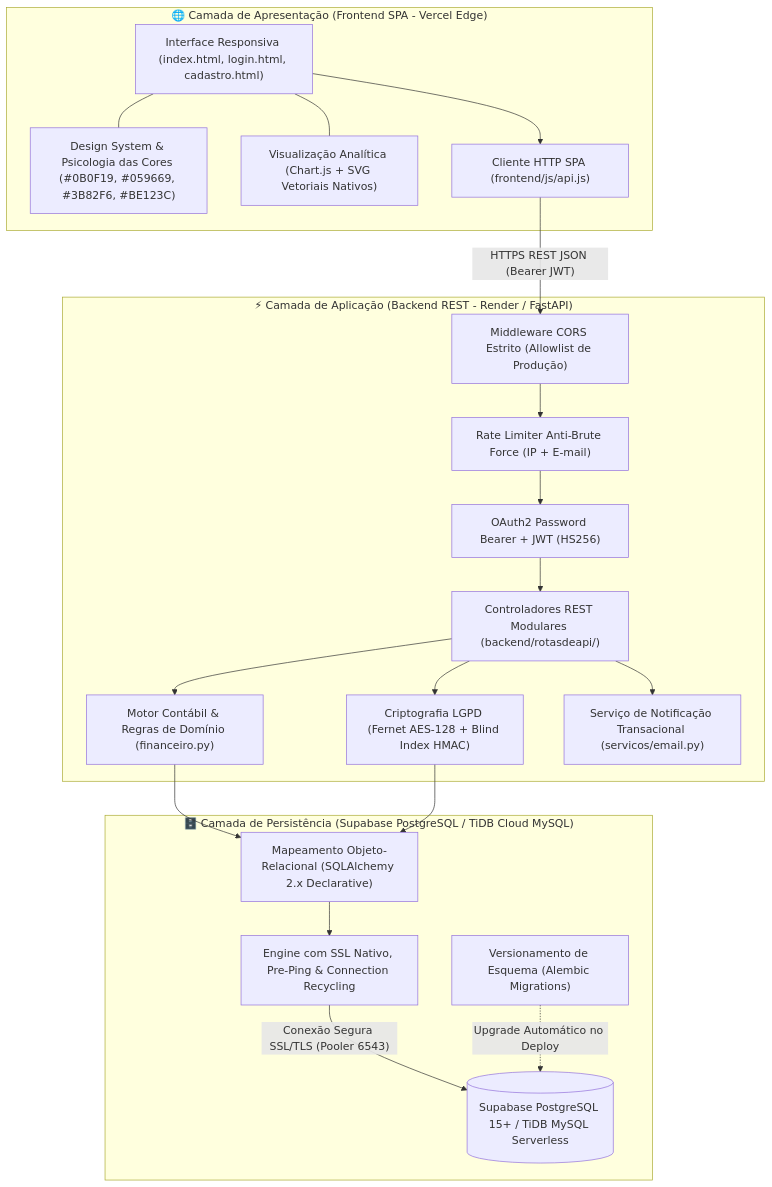
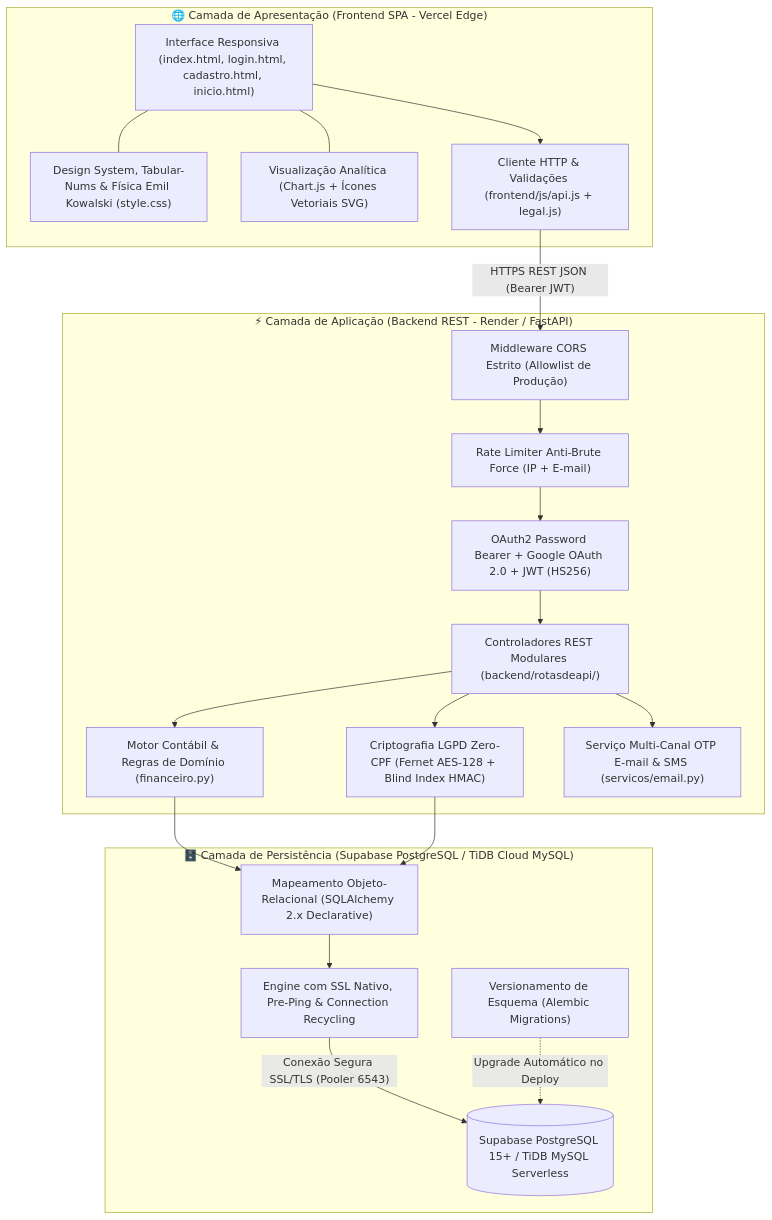
One commit to arthurcamrocha20052008/fluxo_caixa changed the diagram in ESTRUTURA.md. Above: the diagram before and after it, drawn with Mermaid. The commit also changed other lines of this file and 47 other files, not shown here.

Commit message:
feat(fullstack): zero-cpf lgpd auth, 2fa otp email/sms, 4-skills design engineering & docs

````diff
--- a/ESTRUTURA.md
+++ b/ESTRUTURA.md
@@ -16,44 +16,44 @@
 ```mermaid
 flowchart TD
     subgraph ClientLayer ["🌐 Camada de Apresentação (Frontend SPA - Vercel Edge)"]
-        UI["Interface Responsiva (index.html, login.html, cadastro.html)"]
-        CSS["Design System & Psicologia das Cores (#0B0F19, #059669, #3B82F6, #BE123C)"]
-        CHARTS["Visualização Analítica (Chart.js + SVG Vetoriais Nativos)"]
-        API_CLIENT["Cliente HTTP SPA (frontend/js/api.js)"]
+        UI["Interface Responsiva (index.html, login.html, cadastro.html, inicio.html)"]
+        CSS["Design System, Tabular-Nums & Física Emil Kowalski (style.css)"]
+        CHARTS["Visualização Analítica (Chart.js + Ícones Vetoriais SVG)"]
+        API_CLIENT["Cliente HTTP & Validações (frontend/js/api.js + legal.js)"]
         
         UI --- CSS
         UI --- CHARTS
         UI --> API_CLIENT
     end
 
     subgraph ServerLayer ["⚡ Camada de Aplicação (Backend REST - Render / FastAPI)"]
         CORS["Middleware CORS Estrito (Allowlist de Produção)"]
         RATE["Rate Limiter Anti-Brute Force (IP + E-mail)"]
-        AUTH["OAuth2 Password Bearer + JWT (HS256)"]
+        AUTH["OAuth2 Password Bearer + Google OAuth 2.0 + JWT (HS256)"]
         ROUTERS["Controladores REST Modulares (backend/rotasdeapi/)"]
         DOMAIN["Motor Contábil & Regras de Domínio (financeiro.py)"]
-        CRYPTO["Criptografia LGPD (Fernet AES-128 + Blind Index HMAC)"]
-        NOTIF["Serviço de Notificação Transacional (servicos/email.py)"]
+        CRYPTO["Criptografia LGPD Zero-CPF (Fernet AES-128 + Blind Index HMAC)"]
+        NOTIF["Serviço Multi-Canal OTP E-mail & SMS (servicos/email.py)"]
 
         API_CLIENT -- "HTTPS REST JSON (Bearer JWT)" --> CORS
         CORS --> RATE
         RATE --> AUTH
         AUTH --> ROUTERS
         ROUTERS --> DOMAIN
         ROUTERS --> CRYPTO
         ROUTERS --> NOTIF
     end
 
     subgraph DataLayer ["🗄️ Camada de Persistência (Supabase PostgreSQL / TiDB Cloud MySQL)"]
         ORM["Mapeamento Objeto-Relacional (SQLAlchemy 2.x Declarative)"]
         POOL["Engine com SSL Nativo, Pre-Ping & Connection Recycling"]
         MIGRATIONS["Versionamento de Esquema (Alembic Migrations)"]
         DB[("Supabase PostgreSQL 15+ / TiDB MySQL Serverless")]
 
         DOMAIN --> ORM
         CRYPTO --> ORM
         ORM --> POOL
         POOL -- "Conexão Segura SSL/TLS (Pooler 6543)" --> DB
         MIGRATIONS -. "Upgrade Automático no Deploy" .-> DB
     end
 ```
````
